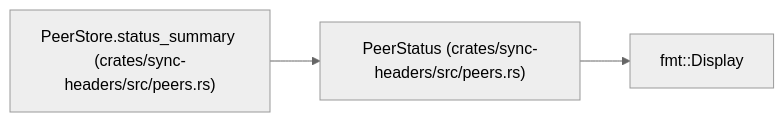
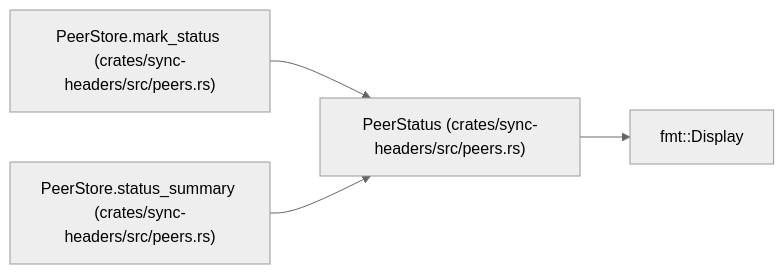
The diagram in docs/llm_wiki/entities/PeerStatus.md (tcrypt25519/zkpow), drawn with Mermaid (neutral theme) before and after one commit. The commit also changed other lines of this file and 46 other files, not shown here.

Commit message:
refactor(sync-headers): Numerous type-level improvements.

````diff
--- a/docs/llm_wiki/entities/PeerStatus.md
+++ b/docs/llm_wiki/entities/PeerStatus.md
@@ -33,10 +33,13 @@
 ```mermaid
 flowchart LR
     n0["PeerStatus (crates/sync-headers/src/peers.rs)"]
     n1["fmt::Display"]
-    n2["PeerStore.status_summary (crates/sync-headers/src/peers.rs)"]
+    n2["PeerStore.mark_status (crates/sync-headers/src/peers.rs)"]
+    n3["PeerStore.status_summary (crates/sync-headers/src/peers.rs)"]
     n0 --> n1
     n2 --> n0
+    n3 --> n0
     click n0 "../modules/src_peers.md"
     click n2 "../modules/src_peers.md"
+    click n3 "../modules/src_peers.md"
 ```
````
